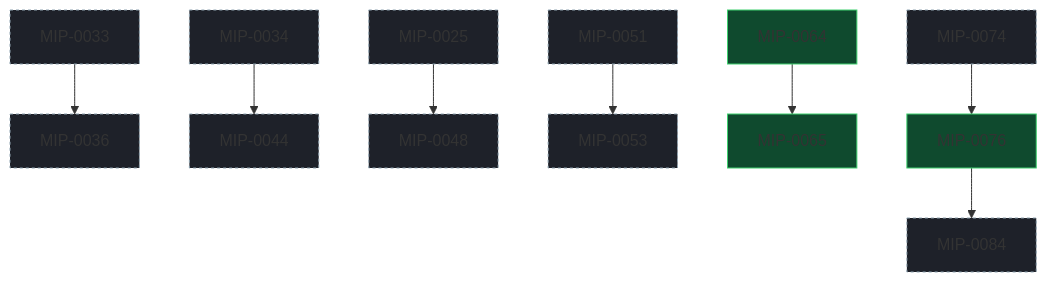
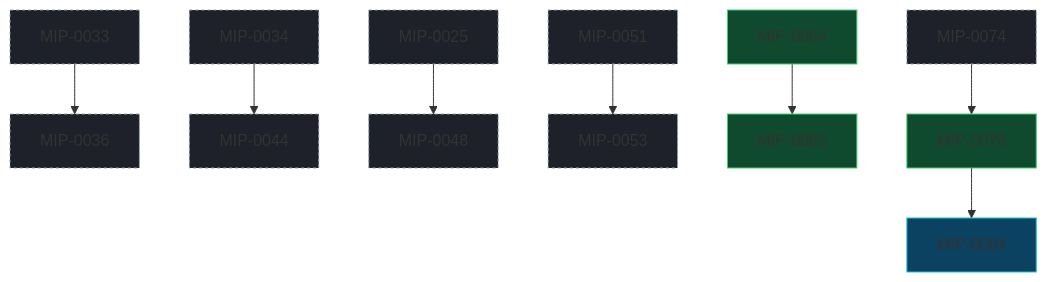
One commit to marola-dev/marola changed the diagram in docs/MIPs/README.md. Above: the diagram before and after it, drawn with Mermaid. The commit also changed other lines of this file and 1 other file, not shown here.

Commit message:
docs(mips): MIP-0084 accepted
Tested: mip_graph.py --check and docs-lint (devkit v0.8.3, the flake.lock rev) clean
Cost: ~$0.97 · 3.0M tokens, 99% cache reads (claude-opus-5-5) · cost-split --session 3f670840, 2026-10-10

````diff
--- a/docs/MIPs/README.md
+++ b/docs/MIPs/README.md
@@ -98,27 +98,27 @@
 ```mermaid
 flowchart TD
   classDef draft fill:#1e2129,stroke:#8fa3b0,stroke-dasharray:3 3;
   classDef accepted fill:#0b4261,stroke:#1ac5da;
   classDef implemented fill:#0f4a2e,stroke:#3ecf6e;
   classDef rejected fill:#2a2d35,stroke:#666,color:#999;
   M0025["MIP-0025"]:::draft
   M0033["MIP-0033"]:::draft
   M0034["MIP-0034"]:::draft
   M0036["MIP-0036"]:::draft
   M0044["MIP-0044"]:::draft
   M0048["MIP-0048"]:::draft
   M0051["MIP-0051"]:::draft
   M0053["MIP-0053"]:::draft
   M0064["MIP-0064"]:::implemented
   M0065["MIP-0065"]:::implemented
   M0074["MIP-0074"]:::draft
   M0076["MIP-0076"]:::implemented
-  M0084["MIP-0084"]:::draft
+  M0084["MIP-0084"]:::accepted
   M0025 --> M0048
   M0033 --> M0036
   M0034 --> M0044
   M0051 --> M0053
   M0064 --> M0065
   M0074 --> M0076
   M0076 --> M0084
 ```
````
